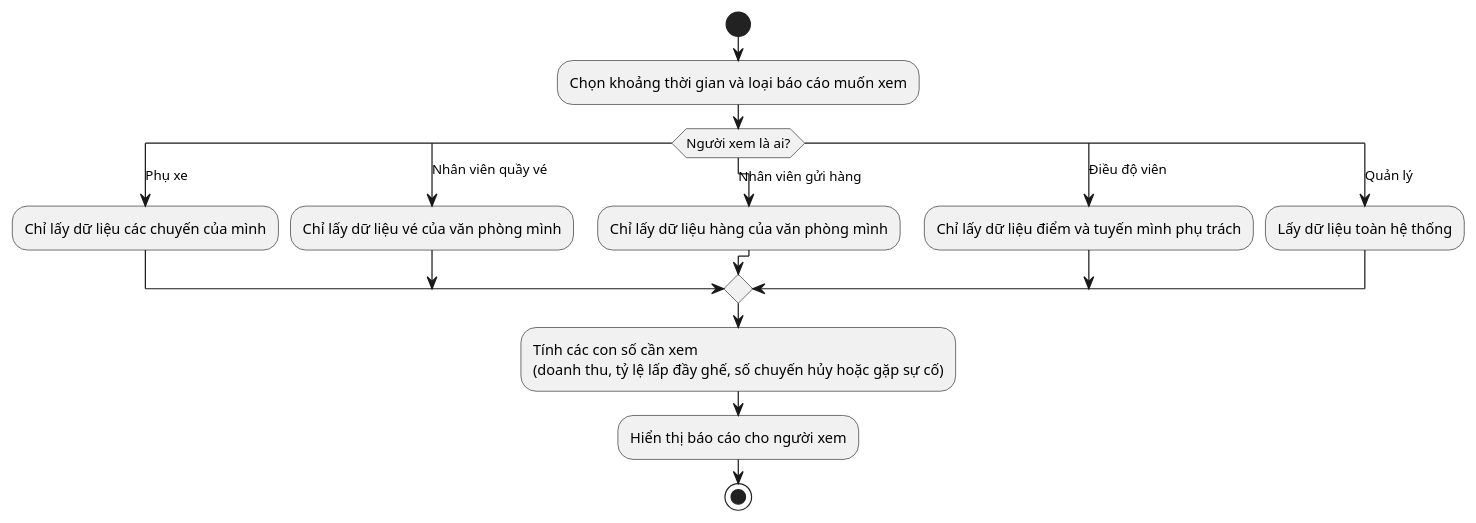
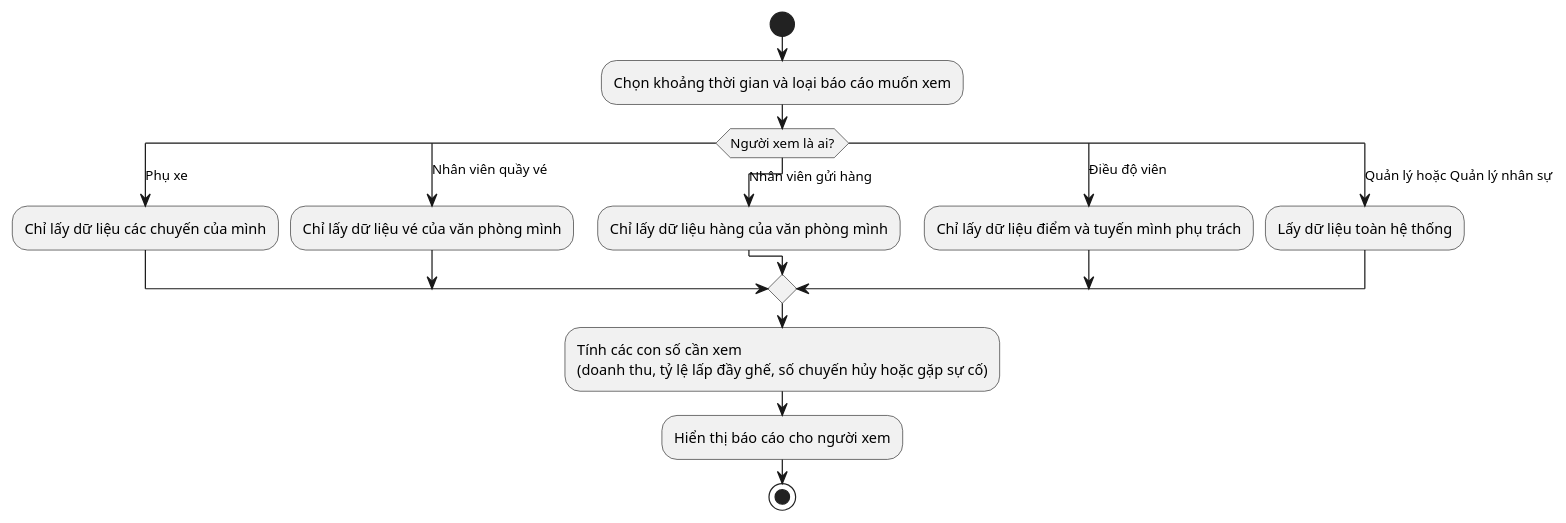
One commit to nguyenvietanhit19/Project1_HeThongQuanLyNhaXeKhachLienTinh changed diagram 48 of 52 in UML_DIAGRAMS.md. Above: the diagram before and after it, drawn with PlantUML. The commit also changed other lines of this file and 4 other files, not shown here.

````diff
--- a/UML_DIAGRAMS.md
+++ b/UML_DIAGRAMS.md
@@ -1024,21 +1137,21 @@
 ```plantuml
 @startuml AD_UC39_ThongKe
 start
 :Chọn khoảng thời gian và loại báo cáo muốn xem;
 switch (Người xem là ai?)
 case (Phụ xe)
   :Chỉ lấy dữ liệu các chuyến của mình;
 case (Nhân viên quầy vé)
   :Chỉ lấy dữ liệu vé của văn phòng mình;
 case (Nhân viên gửi hàng)
   :Chỉ lấy dữ liệu hàng của văn phòng mình;
 case (Điều độ viên)
   :Chỉ lấy dữ liệu điểm và tuyến mình phụ trách;
-case (Quản lý)
+case (Quản lý hoặc Quản lý nhân sự)
   :Lấy dữ liệu toàn hệ thống;
 endswitch
 :Tính các con số cần xem\n(doanh thu, tỷ lệ lấp đầy ghế, số chuyến hủy hoặc gặp sự cố);
 :Hiển thị báo cáo cho người xem;
 stop
 @enduml
 ```
````
